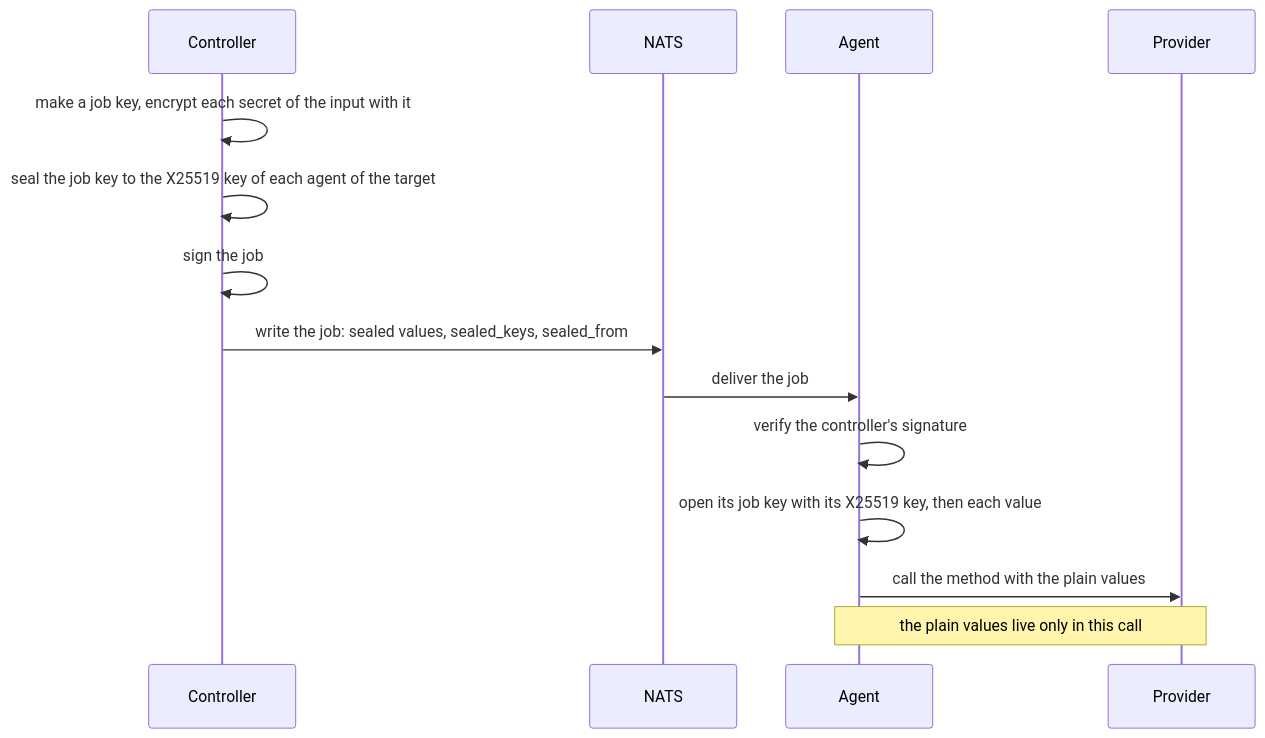
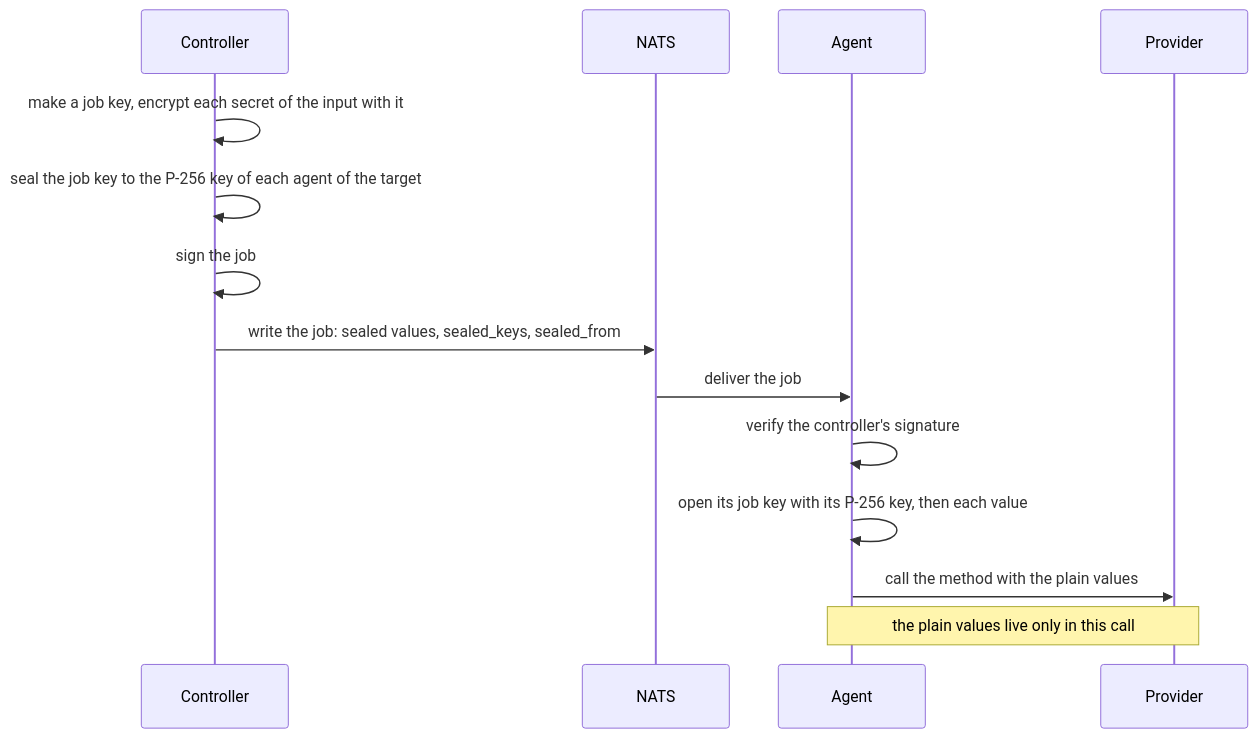
One commit to osapi-io/osapi changed the diagram in docs/docs/sidebar/architecture/secrets.md. Above: the diagram before and after it, drawn with Mermaid. The commit also changed other lines of this file and 66 other files, not shown here.

First line of the commit message:
feat: seal job secrets with FIPS 140-3 approved algorithms

````diff
--- a/docs/docs/sidebar/architecture/secrets.md
+++ b/docs/docs/sidebar/architecture/secrets.md
@@ -100,17 +99,17 @@
 ```mermaid
 sequenceDiagram
     participant C as Controller
     participant N as NATS
     participant A as Agent
     participant P as Provider
 
     C->>C: make a job key, encrypt each secret of the input with it
-    C->>C: seal the job key to the X25519 key of each agent of the target
+    C->>C: seal the job key to the P-256 key of each agent of the target
     C->>C: sign the job
     C->>N: write the job: sealed values, sealed_keys, sealed_from
     N->>A: deliver the job
     A->>A: verify the controller's signature
-    A->>A: open its job key with its X25519 key, then each value
+    A->>A: open its job key with its P-256 key, then each value
     A->>P: call the method with the plain values
     Note over A,P: the plain values live only in this call
 ```
````
